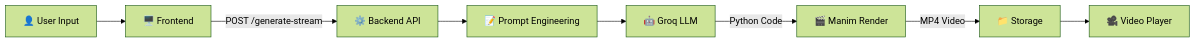
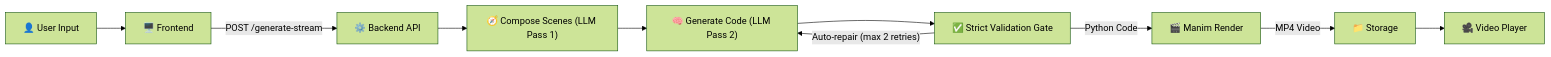
The fourth of 4 diagrams in README.md (Aafimalek/prompt_to_animate), drawn with Mermaid (forest theme) before and after one commit. The commit also changed other lines of this file and 14 other files, not shown here.

First line of the commit message:
Add scene composition and code generation systems for ManimCE

````diff
--- a/README.md
+++ b/README.md
@@ -744,10 +752,12 @@
 ```mermaid
 flowchart LR
     A["👤 User Input"] --> B["🖥️ Frontend"]
     B -->|"POST /generate-stream"| C["⚙️ Backend API"]
-    C --> D["📝 Prompt Engineering"]
-    D --> E["🤖 Groq LLM"]
-    E -->|"Python Code"| F["🎬 Manim Render"]
-    F -->|"MP4 Video"| G["📁 Storage"]
-    G --> H["🎥 Video Player"]
+    C --> D["🧭 Compose Scenes (LLM Pass 1)"]
+    D --> E["🧠 Generate Code (LLM Pass 2)"]
+    E --> F["✅ Strict Validation Gate"]
+    F -->|"Auto-repair (max 2 retries)"| E
+    F -->|"Python Code"| G["🎬 Manim Render"]
+    G -->|"MP4 Video"| H["📁 Storage"]
+    H --> I["🎥 Video Player"]
 ```
````
